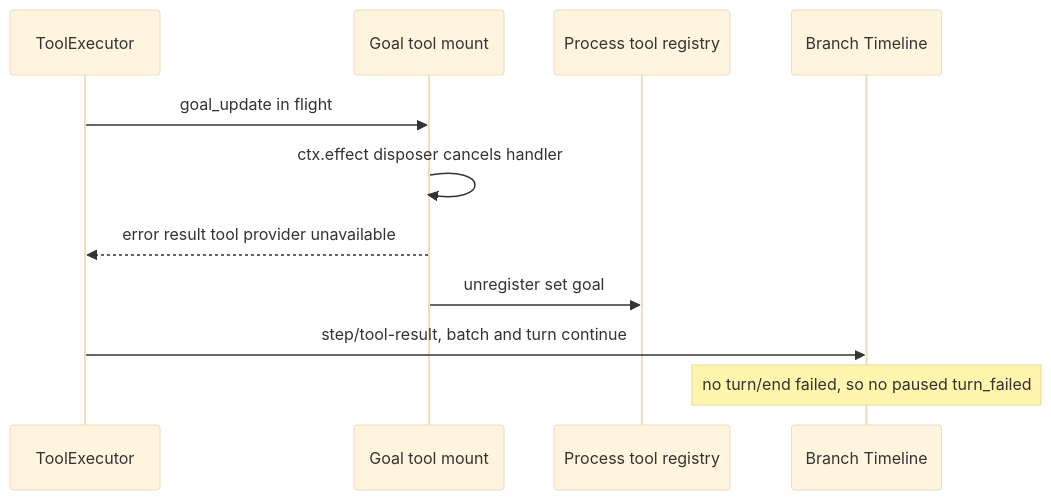
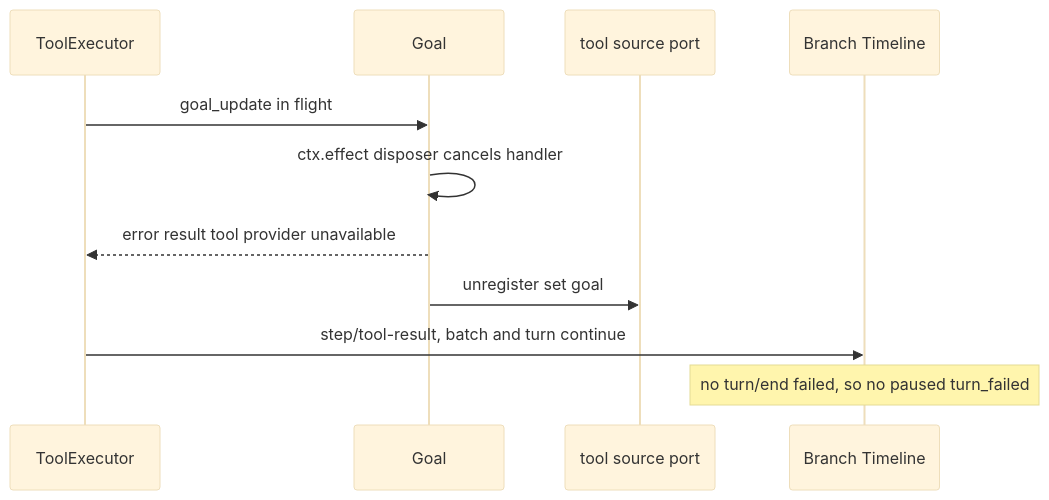
Before and after one commit to CoutinhoTTS/dim-agent: the seventh of 7 diagrams in docs/design/plugins/Goal.md, drawn with Mermaid (base theme). The commit also changed other lines of this file and 3 other files, not shown here.

````diff
--- a/docs/design/plugins/Goal.md
+++ b/docs/design/plugins/Goal.md
@@ -174,13 +174,13 @@
 ```mermaid
 sequenceDiagram
   participant TE as ToolExecutor
-  participant Mount as Goal tool mount
-  participant Reg as Process tool registry
+  participant Mount as Goal
+  participant Reg as tool source port
   participant TL as Branch Timeline
   TE->>Mount: goal_update in flight
   Mount->>Mount: ctx.effect disposer cancels handler
   Mount-->>TE: error result tool provider unavailable
   Mount->>Reg: unregister set goal
   TE->>TL: step/tool-result, batch and turn continue
   Note over TL: no turn/end failed, so no paused turn_failed
 ```
````
